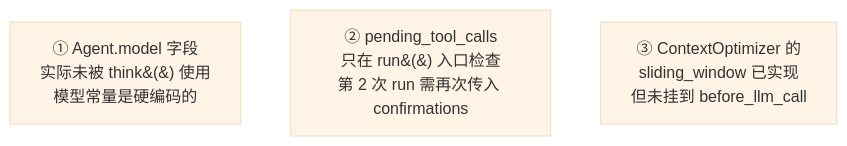
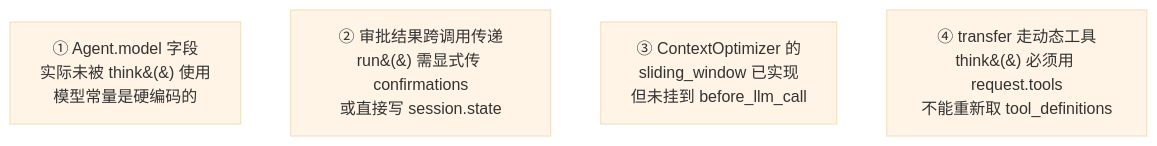
Diagram 12 of 54 in README.md (heheshang/zephyr), drawn with Mermaid (base theme) before and after one commit. The commit also changed other lines of this file and 19 other files, not shown here.

````diff
--- a/README.md
+++ b/README.md
@@ -177,10 +1080,12 @@
 ```mermaid
 flowchart TD
     P1["① Agent.model 字段<br/>实际未被 think&#40;&#41; 使用<br/>模型常量是硬编码的"]
-    P2["② pending_tool_calls<br/>只在 run&#40;&#41; 入口检查<br/>第 2 次 run 需再次传入 confirmations"]
+    P2["② 审批结果跨调用传递<br/>run&#40;&#41; 需显式传 confirmations<br/>或直接写 session.state"]
     P3["③ ContextOptimizer 的<br/>sliding_window 已实现<br/>但未挂到 before_llm_call"]
+    P4["④ transfer 走动态工具<br/>think&#40;&#41; 必须用 request.tools<br/>不能重新取 tool_definitions"]
 
     style P1 fill:#fff4e6
     style P2 fill:#fff4e6
     style P3 fill:#fff4e6
+    style P4 fill:#fff4e6
 ```
````
